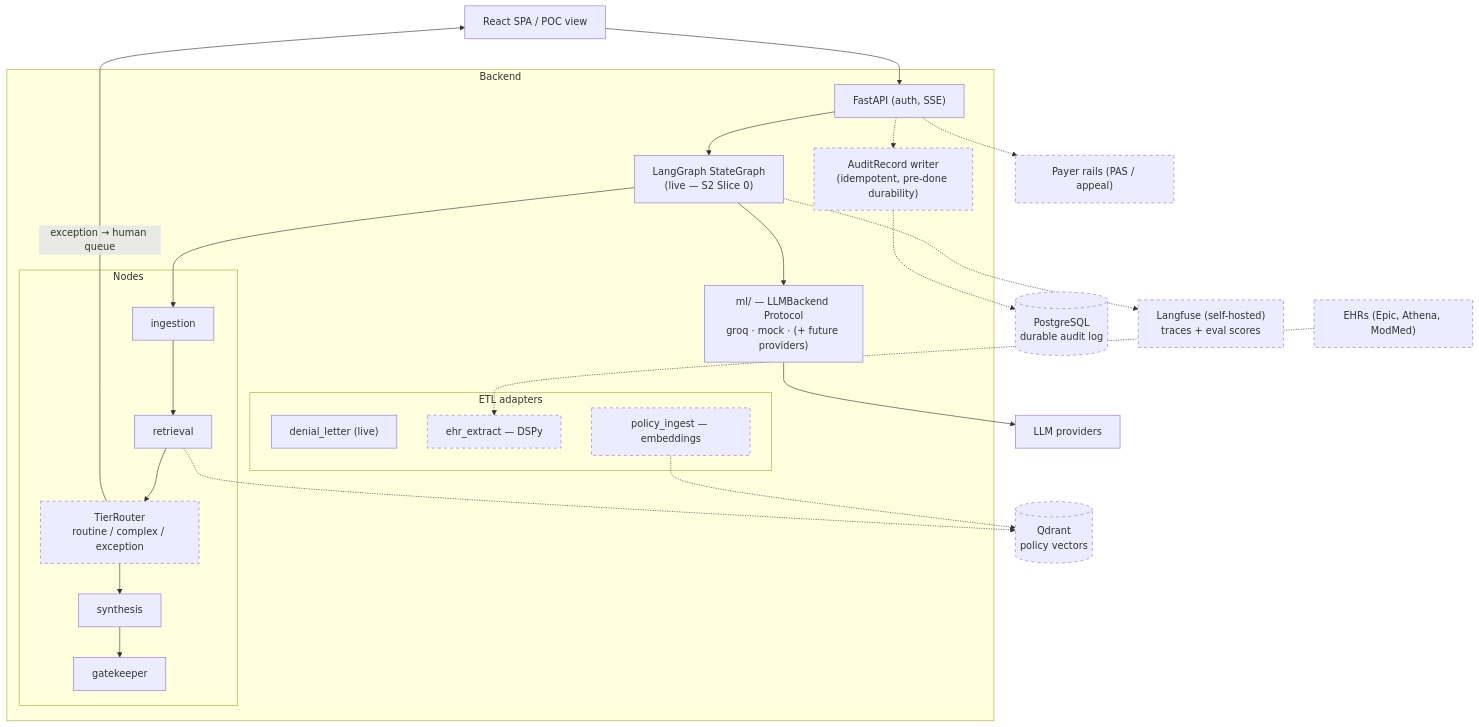
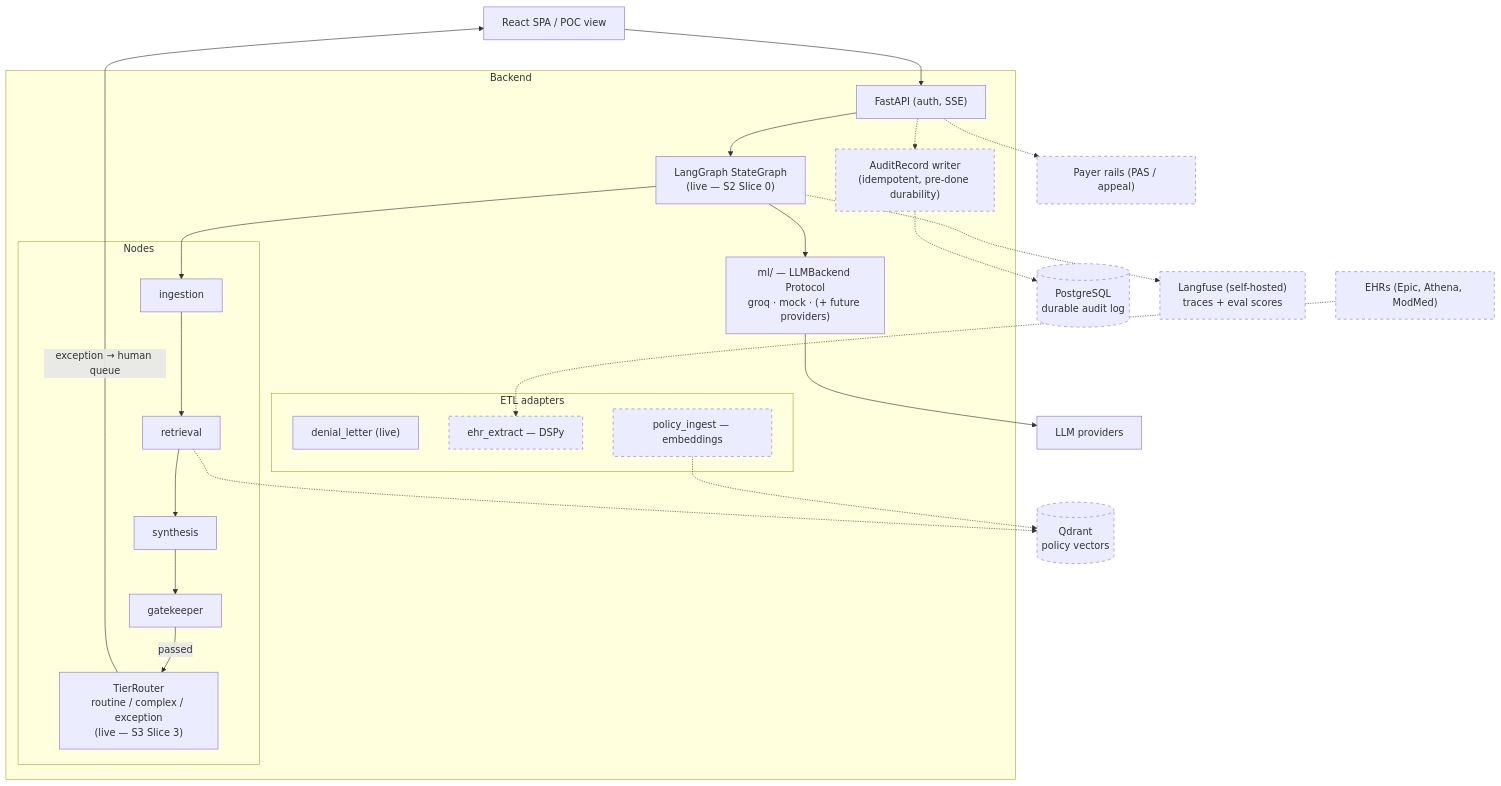
The diagram in docs/architecture/10-roadmap-traceability.md (mcruz90/paxos-demo), drawn with Mermaid before and after one commit. The commit also changed other lines of this file and 2 other files, not shown here.

Commit message:
docs(architecture): 02/05/10 — TierRouter wired on gatekeeper-pass path (S3 Slice 3, in-series)
- 02: sequence diagram + node table clear the not-yet-wired caveat;
  orchestration bullet reflects passed → tier_router → finalize; heading
  neutralized (tier_router is the 5th pure node on the pass path).
- 05: state diagram inserts tier_router before done_event; documents that
  the exhausted path carries no tier and why decide_tier's exhausted rule is
  unreachable from the wired path (defensive guard).
- 10: architecture diagram makes TierRouter live (solid) and repositions it
  after gatekeeper; traceability row marks Slice 3 wiring Live (2026-07-04).

````diff
--- a/docs/architecture/10-roadmap-traceability.md
+++ b/docs/architecture/10-roadmap-traceability.md
@@ -13,53 +13,52 @@
 ```mermaid
 flowchart TB
     ui["React SPA / POC view"]
 
     subgraph backend ["Backend"]
         api2["FastAPI (auth, SSE)"]
         lg["LangGraph StateGraph<br/>(live — S2 Slice 0)"]
         subgraph nodes2 ["Nodes"]
             ing2["ingestion"]
             ret2["retrieval"]
-            tier["TierRouter<br/>routine / complex / exception"]
             syn2["synthesis"]
             gate2["gatekeeper"]
+            tier["TierRouter<br/>routine / complex / exception<br/>(live — S3 Slice 3)"]
         end
         ml2["ml/ — LLMBackend Protocol<br/>groq · mock · (+ future providers)"]
         subgraph etl2 ["ETL adapters"]
             dl["denial_letter (live)"]
             ehr2["ehr_extract — DSPy"]
             pol["policy_ingest — embeddings"]
         end
         audit["AuditRecord writer<br/>(idempotent, pre-done durability)"]
     end
 
     qd2[("Qdrant<br/>policy vectors")]
     pg3[("PostgreSQL<br/>durable audit log")]
     lf2["Langfuse (self-hosted)<br/>traces + eval scores"]
     groq3["LLM providers"]
     payer2["Payer rails (PAS / appeal)"]
     ehrs["EHRs (Epic, Athena, ModMed)"]
 
     ui --> api2 --> lg
-    lg --> ing2 --> ret2 --> tier
-    tier --> syn2 --> gate2
+    lg --> ing2 --> ret2 --> syn2 --> gate2
+    gate2 -- "passed" --> tier
     tier -- "exception → human queue" --> ui
     ml2 --> groq3
     lg --> ml2
     ret2 -.-> qd2
     pol -.-> qd2
     ehrs -.-> ehr2
     lg -.-> lf2
     api2 -.-> audit -.-> pg3
     api2 -.-> payer2
 
-    style tier stroke-dasharray: 5 5
     style ehr2 stroke-dasharray: 5 5
     style pol stroke-dasharray: 5 5
     style qd2 stroke-dasharray: 5 5
     style pg3 stroke-dasharray: 5 5
     style lf2 stroke-dasharray: 5 5
     style audit stroke-dasharray: 5 5
     style payer2 stroke-dasharray: 5 5
     style ehrs stroke-dasharray: 5 5
 ```
````
